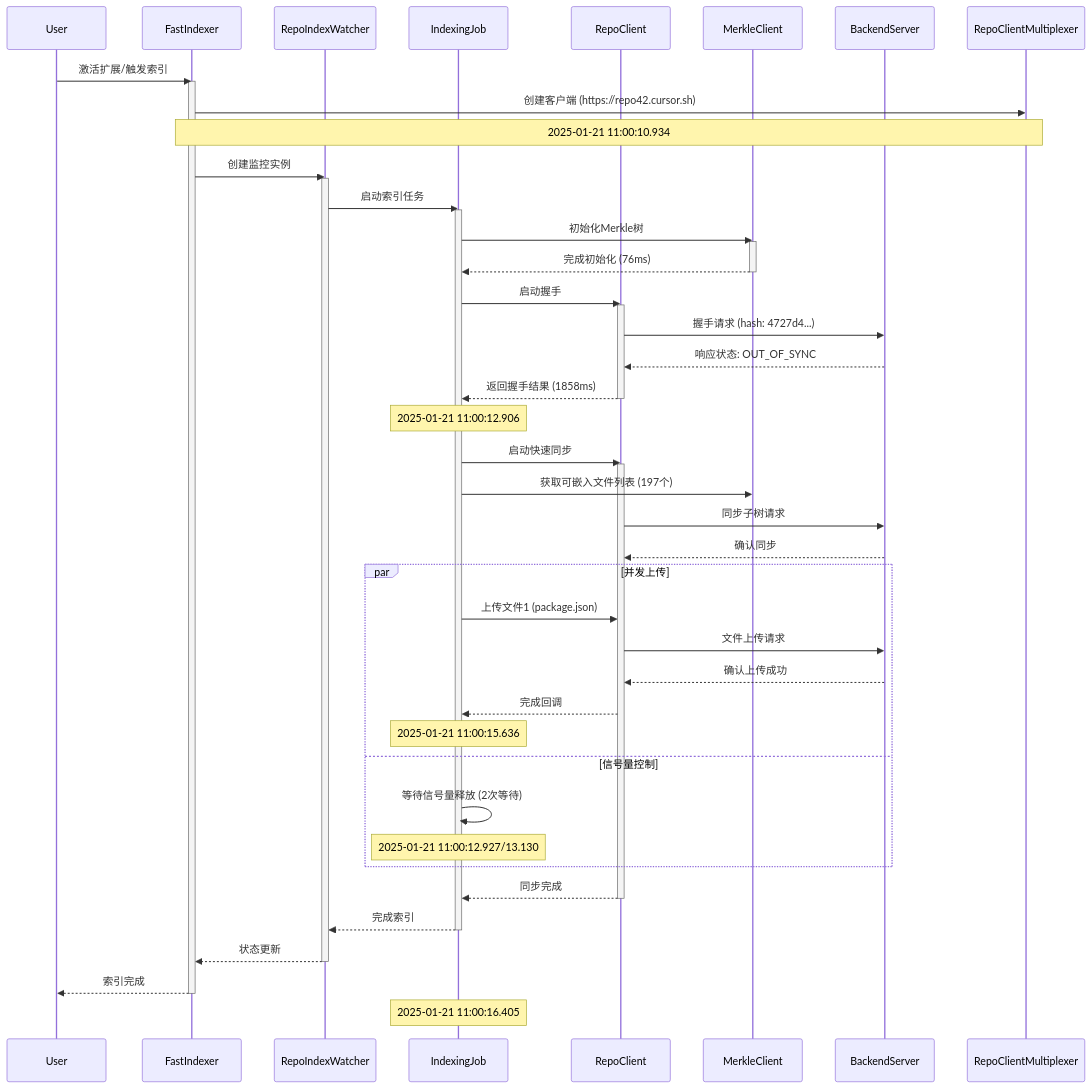
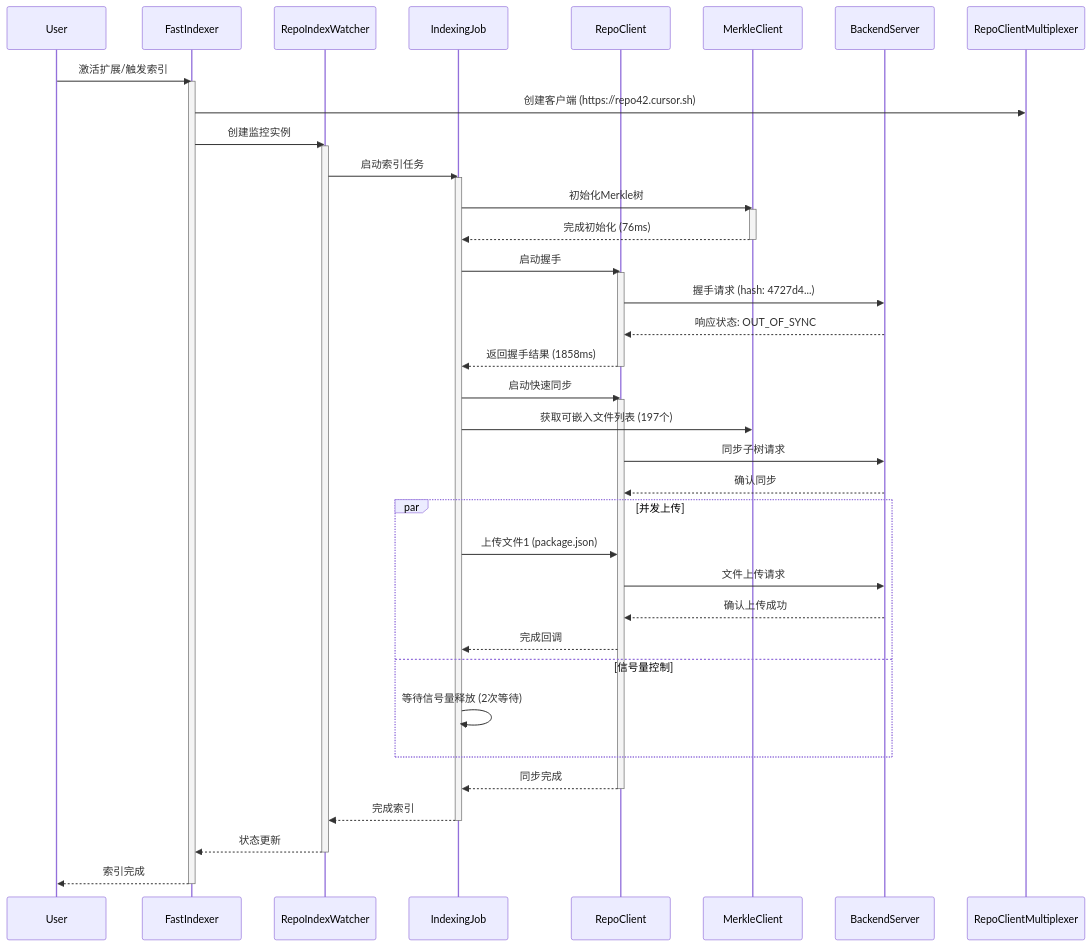
Before and after one commit to phodal-archive/file-service: the diagram in 2/deepseek.mermaid, drawn with Mermaid. The commit also changed 2 other files, not shown here.

```diff
--- a/2/deepseek.mermaid
+++ b/2/deepseek.mermaid
@@ -1,59 +1,54 @@
 sequenceDiagram
     participant User
     participant FastIndexer
     participant RepoIndexWatcher
     participant IndexingJob
     participant RepoClient
     participant MerkleClient
     participant BackendServer
 
     User->>FastIndexer: 激活扩展/触发索引
     activate FastIndexer
     FastIndexer->>RepoClientMultiplexer: 创建客户端 (https://repo42.cursor.sh)
-    Note over FastIndexer,RepoClientMultiplexer: 2025-01-21 11:00:10.934
 
     FastIndexer->>RepoIndexWatcher: 创建监控实例
     activate RepoIndexWatcher
     RepoIndexWatcher->>IndexingJob: 启动索引任务
     activate IndexingJob
 
     IndexingJob->>MerkleClient: 初始化Merkle树
     activate MerkleClient
     MerkleClient-->>IndexingJob: 完成初始化 (76ms)
     deactivate MerkleClient
 
     IndexingJob->>RepoClient: 启动握手
     activate RepoClient
     RepoClient->>BackendServer: 握手请求 (hash: 4727d4...)
     BackendServer-->>RepoClient: 响应状态: OUT_OF_SYNC
     RepoClient-->>IndexingJob: 返回握手结果 (1858ms)
     deactivate RepoClient
-    Note over IndexingJob: 2025-01-21 11:00:12.906
 
     IndexingJob->>RepoClient: 启动快速同步
     activate RepoClient
     IndexingJob->>MerkleClient: 获取可嵌入文件列表 (197个)
     RepoClient->>BackendServer: 同步子树请求
     BackendServer-->>RepoClient: 确认同步
 
     par 并发上传
         IndexingJob->>RepoClient: 上传文件1 (package.json)
         RepoClient->>BackendServer: 文件上传请求
         BackendServer-->>RepoClient: 确认上传成功
         RepoClient-->>IndexingJob: 完成回调
-        Note over IndexingJob: 2025-01-21 11:00:15.636
     and 信号量控制
         IndexingJob->>IndexingJob: 等待信号量释放 (2次等待)
-        Note over IndexingJob: 2025-01-21 11:00:12.927/13.130
     end
 
     RepoClient-->>IndexingJob: 同步完成
     deactivate RepoClient
 
     IndexingJob-->>RepoIndexWatcher: 完成索引
     deactivate IndexingJob
     RepoIndexWatcher-->>FastIndexer: 状态更新
     deactivate RepoIndexWatcher
     FastIndexer-->>User: 索引完成
     deactivate FastIndexer
-    Note over IndexingJob: 2025-01-21 11:00:16.405
```
